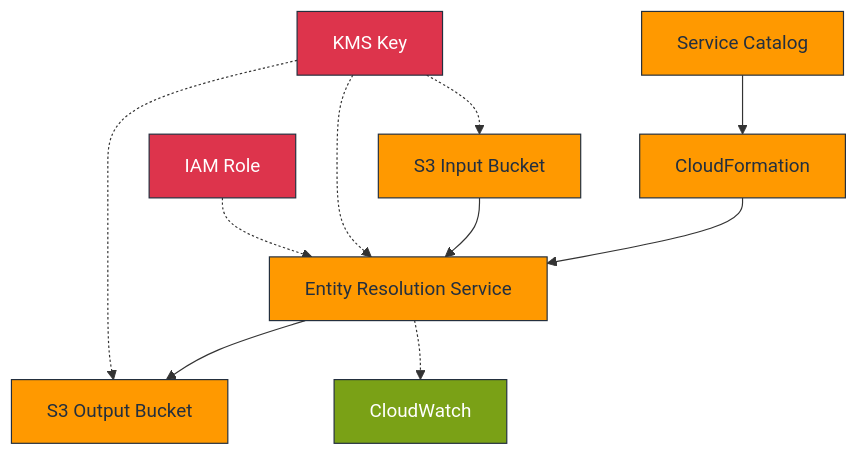
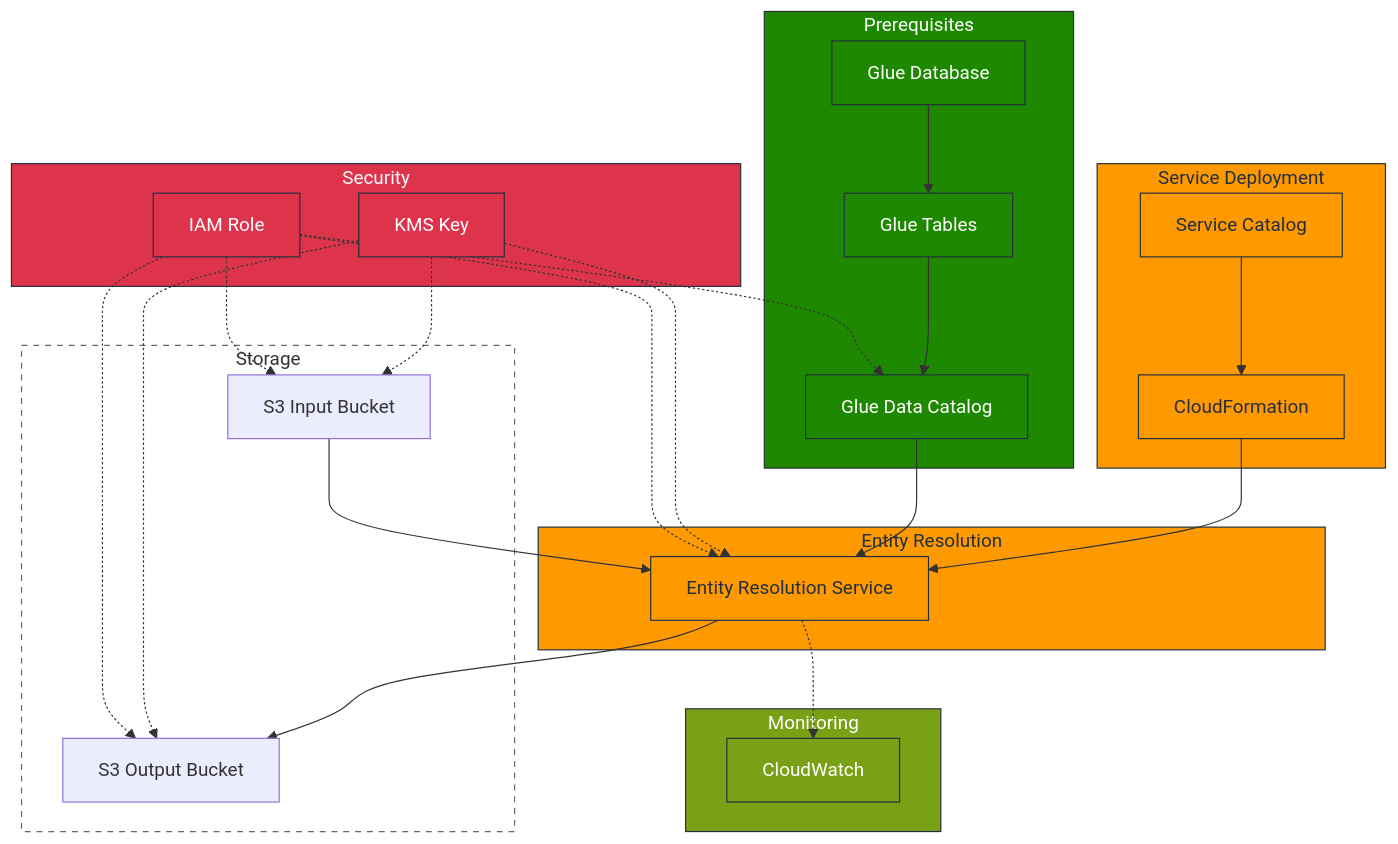
Before and after one commit to hughy603/aws-entityresolution2: the diagram in README.md, drawn with Mermaid. The commit also changed other lines of this file and 10 other files, not shown here.

````diff
--- a/README.md
+++ b/README.md
@@ -36,26 +36,53 @@
 ```mermaid
-graph TD
-    %% Core Components
-    SC[Service Catalog] --> CF[CloudFormation]
-    CF --> ER[Entity Resolution Service]
-    S3I[S3 Input Bucket] --> ER
-    ER --> S3O[S3 Output Bucket]
+flowchart TD
+    %% Layer components with subgraphs for better organization
+    subgraph PrereqLayer["Prerequisites"]
+        GD["Glue Database"] --> GT["Glue Tables"] --> GDC["Glue Data Catalog"]
+    end
 
-    %% Security
-    KMS[KMS Key] -.-> S3I
-    KMS -.-> S3O
-    KMS -.-> ER
-    IAM[IAM Role] -.-> ER
+    subgraph DeployLayer["Service Deployment"]
+        SC["Service Catalog"] --> CF["CloudFormation"]
+    end
 
-    %% Monitoring
-    ER -.-> CW[CloudWatch]
+    subgraph ResolutionLayer["Entity Resolution"]
+        ER["Entity Resolution Service"]
+    end
 
-    %% Classification
+    subgraph StorageLayer["Storage"]
+        S3I["S3 Input Bucket"]
+        S3O["S3 Output Bucket"]
+    end
+
+    subgraph SecurityLayer["Security"]
+        KMS["KMS Key"]
+        IAM["IAM Role"]
+    end
+
+    subgraph MonitoringLayer["Monitoring"]
+        CW["CloudWatch"]
+    end
+
+    %% Main flow connections
+    CF --> ER
+    S3I --> ER
+    GDC --> ER
+    ER --> S3O
+
+    %% Security and monitoring connections (dotted lines)
+    KMS -.-> S3I & S3O & ER
+    IAM -.-> ER & GDC & S3I & S3O
+    ER -.-> CW
+
+    %% Classification styles
     classDef aws fill:#FF9900,stroke:#232F3E,color:#232F3E
+    classDef prereq fill:#1E8900,stroke:#232F3E,color:white
     classDef security fill:#DD344C,stroke:#232F3E,color:white
     classDef monitoring fill:#7AA116,stroke:#232F3E,color:white
+    classDef layer fill:none,stroke:#666,stroke-dasharray: 5 5
 
-    class SC,CF,ER,S3I,S3O aws
-    class KMS,IAM security
-    class CW monitoring
+    class SC,CF,DeployLayer,ER,ResolutionLayer aws
+    class GD,GT,GDC,PrereqLayer prereq
+    class KMS,IAM,SecurityLayer security
+    class CW,MonitoringLayer monitoring
+    class StorageLayer layer
 ```
````
